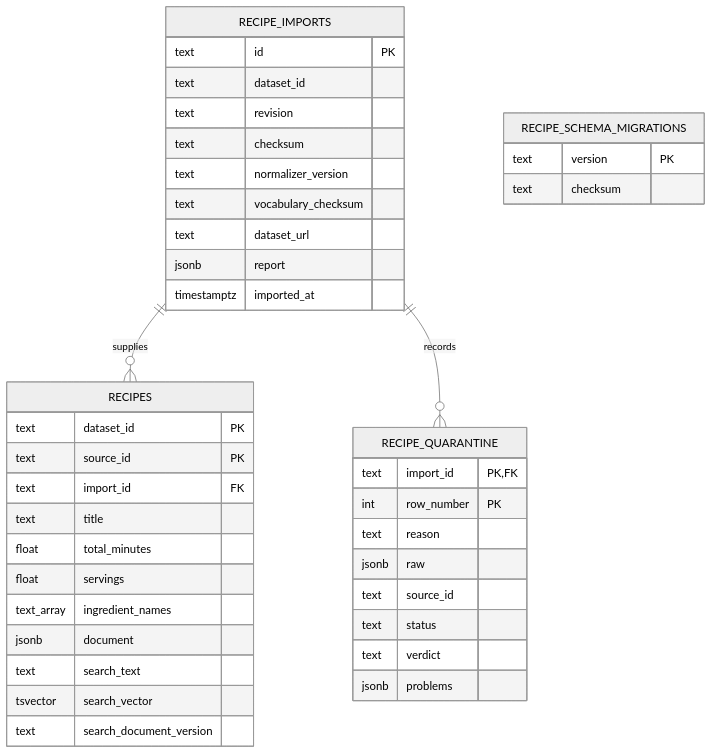
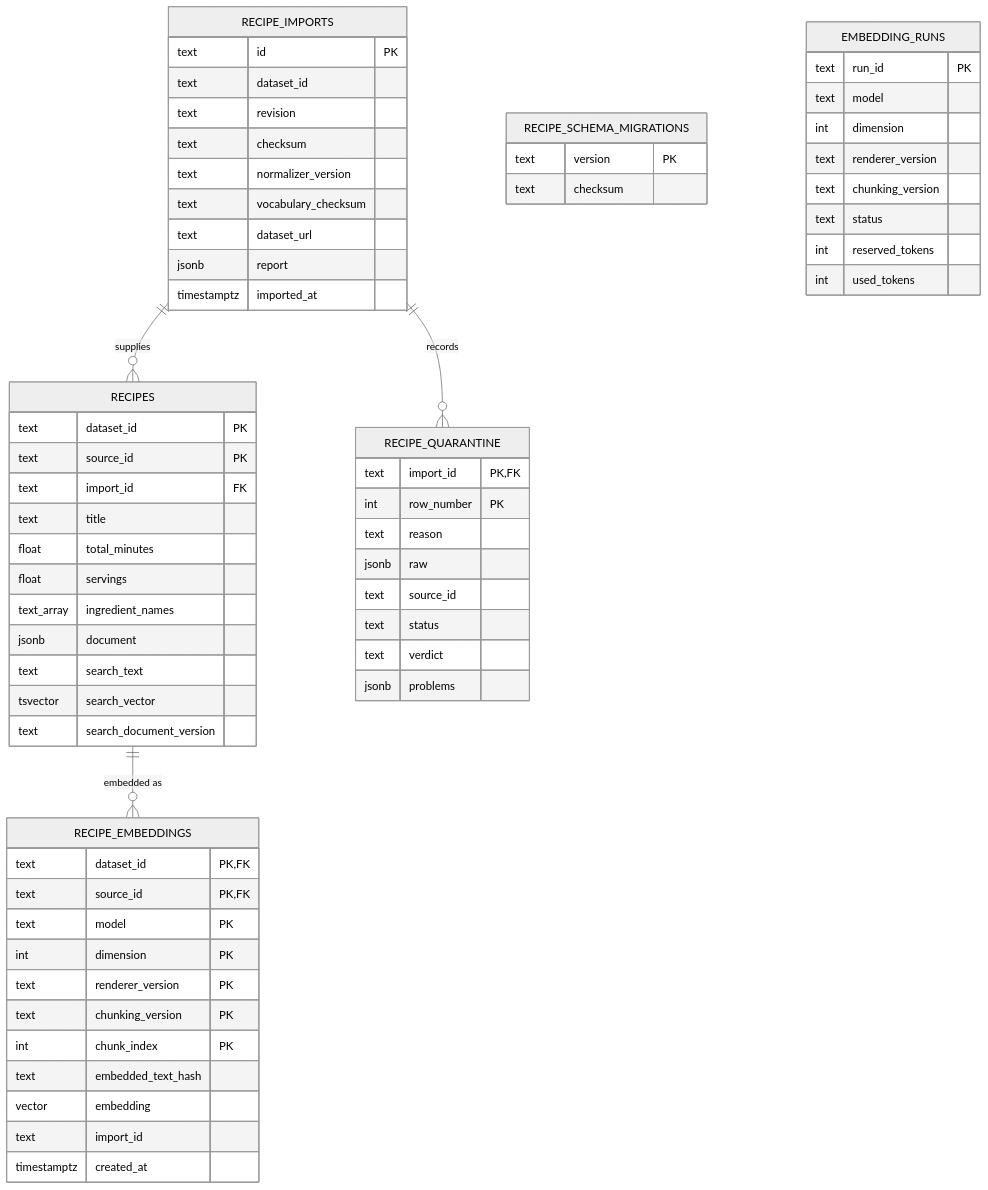
Before and after one commit to fssonca/culinary-copilot: the first of 2 diagrams in docs/architecture/data-and-ingestion.md, drawn with Mermaid (neutral theme). The commit also changed other lines of this file and 25 other files, not shown here.

````diff
--- a/docs/architecture/data-and-ingestion.md
+++ b/docs/architecture/data-and-ingestion.md
@@ -12,43 +12,67 @@
 ```mermaid
 erDiagram
     RECIPE_IMPORTS ||--o{ RECIPES : supplies
     RECIPE_IMPORTS ||--o{ RECIPE_QUARANTINE : records
+    RECIPES ||--o{ RECIPE_EMBEDDINGS : "embedded as"
     RECIPE_IMPORTS {
         text id PK
         text dataset_id
         text revision
         text checksum
         text normalizer_version
         text vocabulary_checksum
         text dataset_url
         jsonb report
         timestamptz imported_at
     }
     RECIPES {
         text dataset_id PK
         text source_id PK
         text import_id FK
         text title
         float total_minutes
         float servings
         text_array ingredient_names
         jsonb document
         text search_text
         tsvector search_vector
         text search_document_version
     }
     RECIPE_QUARANTINE {
         text import_id PK, FK
         int row_number PK
         text reason
         jsonb raw
         text source_id
         text status
         text verdict
         jsonb problems
     }
     RECIPE_SCHEMA_MIGRATIONS {
         text version PK
         text checksum
     }
+    RECIPE_EMBEDDINGS {
+        text dataset_id PK, FK
+        text source_id PK, FK
+        text model PK
+        int dimension PK
+        text renderer_version PK
+        text chunking_version PK
+        int chunk_index PK
+        text embedded_text_hash
+        vector embedding
+        text import_id
+        timestamptz created_at
+    }
+    EMBEDDING_RUNS {
+        text run_id PK
+        text model
+        int dimension
+        text renderer_version
+        text chunking_version
+        text status
+        int reserved_tokens
+        int used_tokens
+    }
 ```
````
